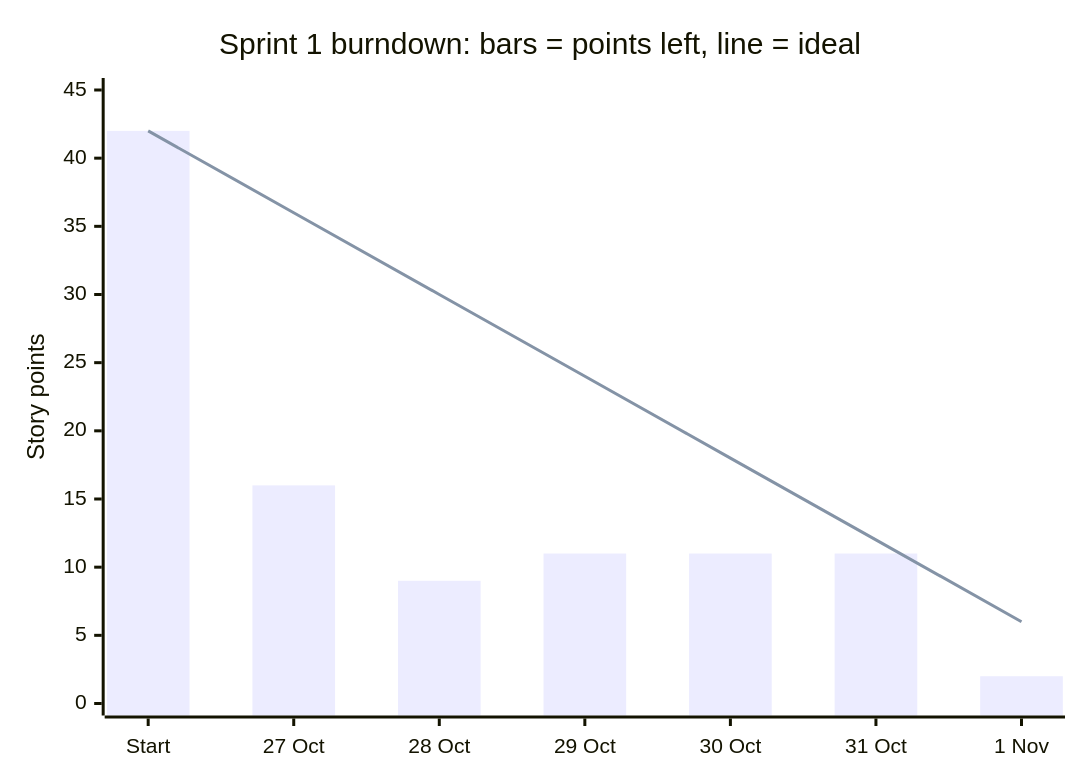
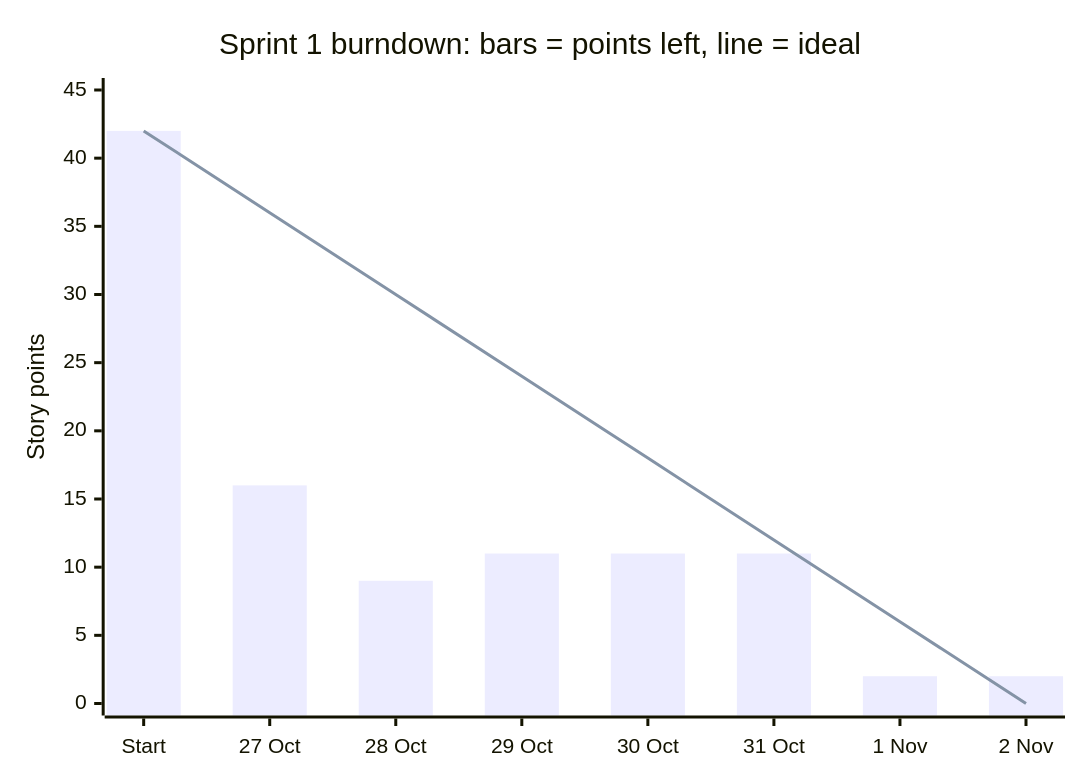
One commit to ADRIAN-NEATU/portfolio-health-check changed the diagram in docs/sprint-1.md. Above: the diagram before and after it, drawn with Mermaid. The commit also changed other lines of this file and 17 other files, not shown here.

````diff
--- a/docs/sprint-1.md
+++ b/docs/sprint-1.md
@@ -82,8 +84,8 @@
 ```mermaid
 xychart-beta
     title "Sprint 1 burndown: bars = points left, line = ideal"
-    x-axis ["Start", "27 Oct", "28 Oct", "29 Oct", "30 Oct", "31 Oct", "1 Nov"]
+    x-axis ["Start", "27 Oct", "28 Oct", "29 Oct", "30 Oct", "31 Oct", "1 Nov", "2 Nov"]
     y-axis "Story points" 0 --> 45
-    bar [42, 16, 9, 11, 11, 11, 2]
-    line [42, 36, 30, 24, 18, 12, 6]
+    bar [42, 16, 9, 11, 11, 11, 2, 2]
+    line [42, 36, 30, 24, 18, 12, 6, 0]
 ```
````
